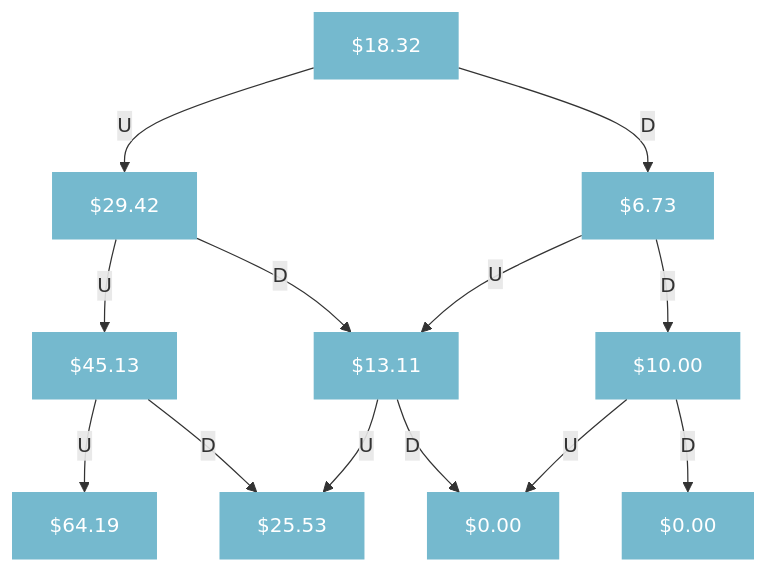
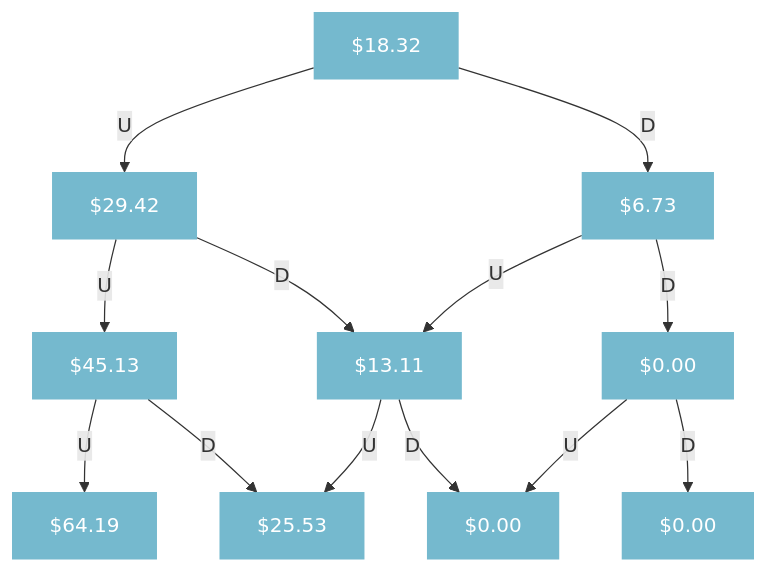
One commit to JerBouma/jerbouma.github.io changed the second of 5 diagrams in _posts/2024-02-09-Binominal-Trees.md. Above: the diagram before and after it, drawn with Mermaid. The commit also changed other lines of this file and 10 other files, not shown here.

Commit message:
Do some formatting, grammar changes and sentence flow checks

```diff
--- a/_posts/2024-02-09-Binominal-Trees.md
+++ b/_posts/2024-02-09-Binominal-Trees.md
@@ -130,22 +128,22 @@
 <div class="mermaid">
 flowchart TD;
 classDef boxfont fill:#3b9cba,stroke-width:0px,fill-opacity:0.7,color:white,radius:20px;
 
 Step0["$18.32"]:::boxfont -- U --> Step1["$29.42"]:::boxfont
 Step0["$18.32"] -- D --> Step2["$6.73"]:::boxfont
 
 Step1["$29.42"] -- U --> Step3["$45.13"]:::boxfont
 Step1["$29.42"] -- D --> Step4["$13.11"]:::boxfont
 
 Step2["$6.73"] -- U --> Step4["$13.11"]:::boxfont
-Step2["$6.73"] -- D --> Step5["$10.00"]:::boxfont
+Step2["$6.73"] -- D --> Step5["$0.00"]:::boxfont
 
 Step3["$45.13"] -- U --> Step6["$64.19"]:::boxfont
 Step3["$45.13"] -- D --> Step7["$25.53"]:::boxfont
 
 Step4["$13.11"] -- U --> Step7["$25.53"]:::boxfont
 Step4["$13.11"] -- D --> Step8["$0.00"]:::boxfont
 
-Step5["$10.00"] -- U --> Step8["$0.00"]:::boxfont
-Step5["$10.00"] -- D --> Step9["$0.00"]:::boxfont
+Step5["$0.00"] -- U --> Step8["$0.00"]:::boxfont
+Step5["$0.00"] -- D --> Step9["$0.00"]:::boxfont
 </div>
```
